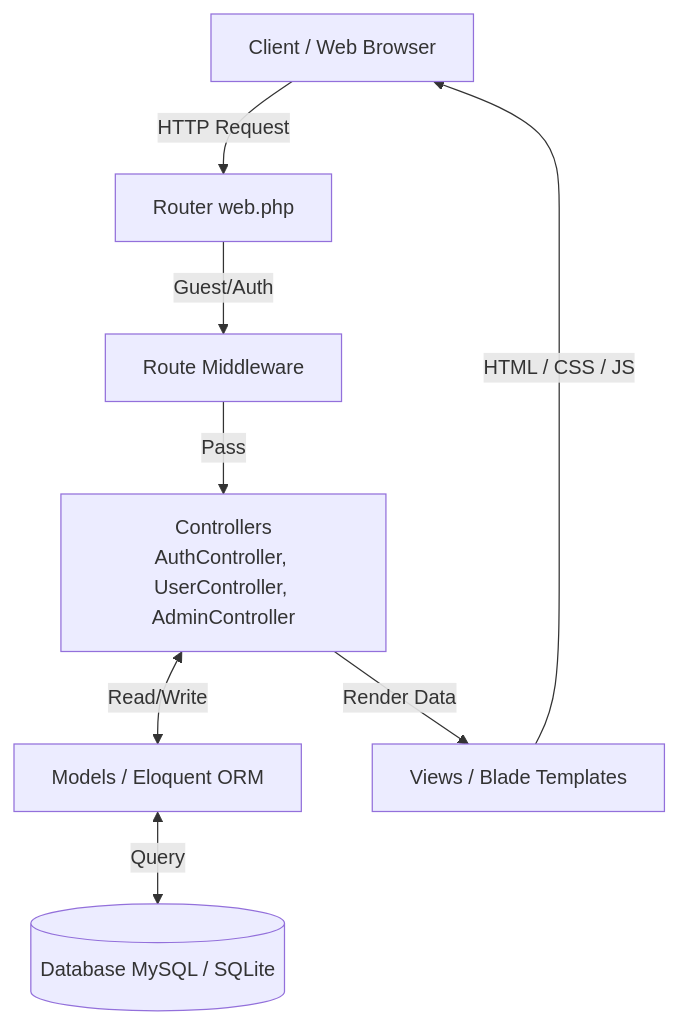
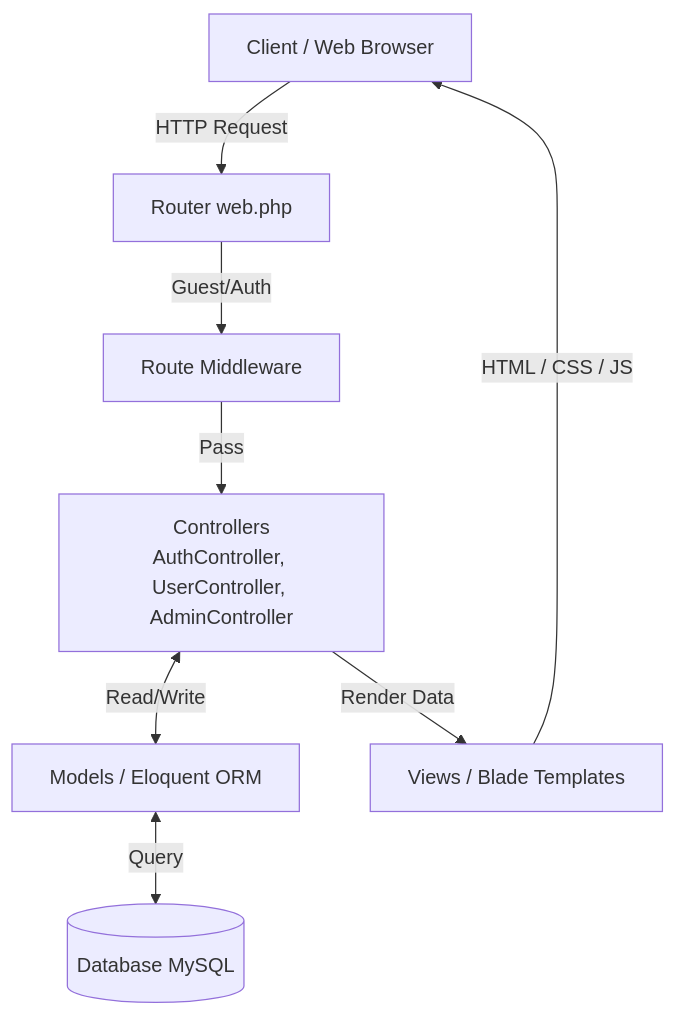
Before and after one commit to AlyxxHander/Psychologia: the diagram in README.md, drawn with Mermaid. The commit also changed other lines of this file, not shown here.

Commit message:
Specify MySQL as the only database in README
Updated database configuration details in README.md to specify MySQL only.

````diff
--- a/README.md
+++ b/README.md
@@ -30,10 +30,10 @@
 ```mermaid
 graph TD
     Client[Client / Web Browser] -->|HTTP Request| Router[Router web.php]
     Router -->|Guest/Auth| Middleware[Route Middleware]
     Middleware -->|Pass| Controller[Controllers\nAuthController, UserController, AdminController]
     Controller <-->|Read/Write| Model[Models / Eloquent ORM]
-    Model <-->|Query| Database[(Database MySQL / SQLite)]
+    Model <-->|Query| Database[(Database MySQL)]
     Controller -->|Render Data| View[Views / Blade Templates]
     View -->|HTML / CSS / JS| Client
 ```
````
